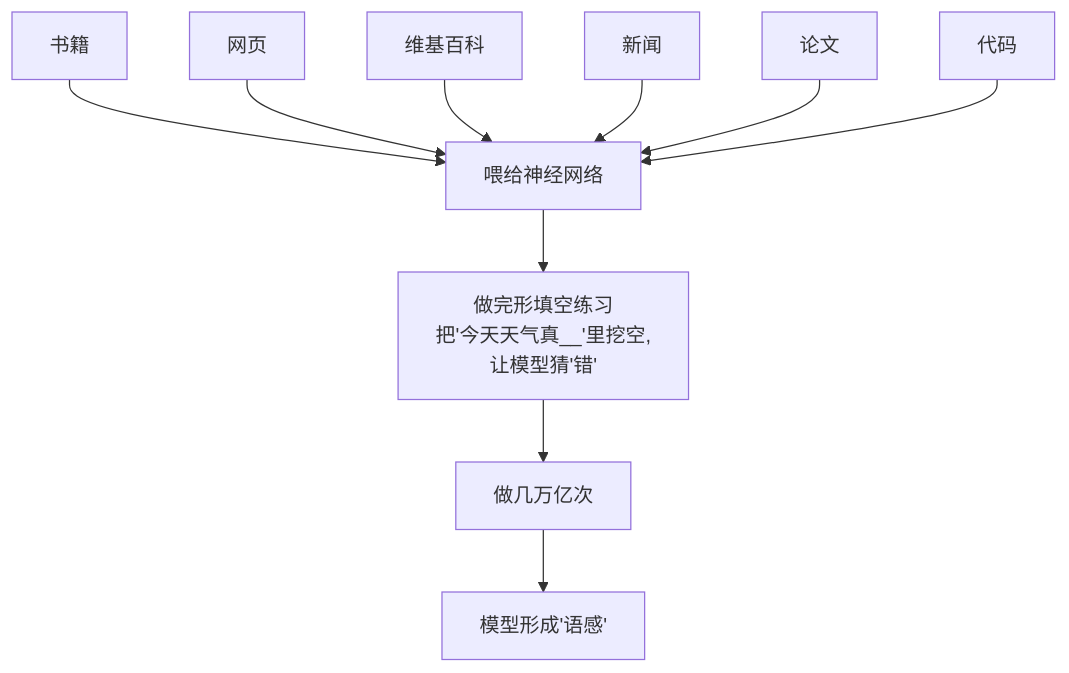
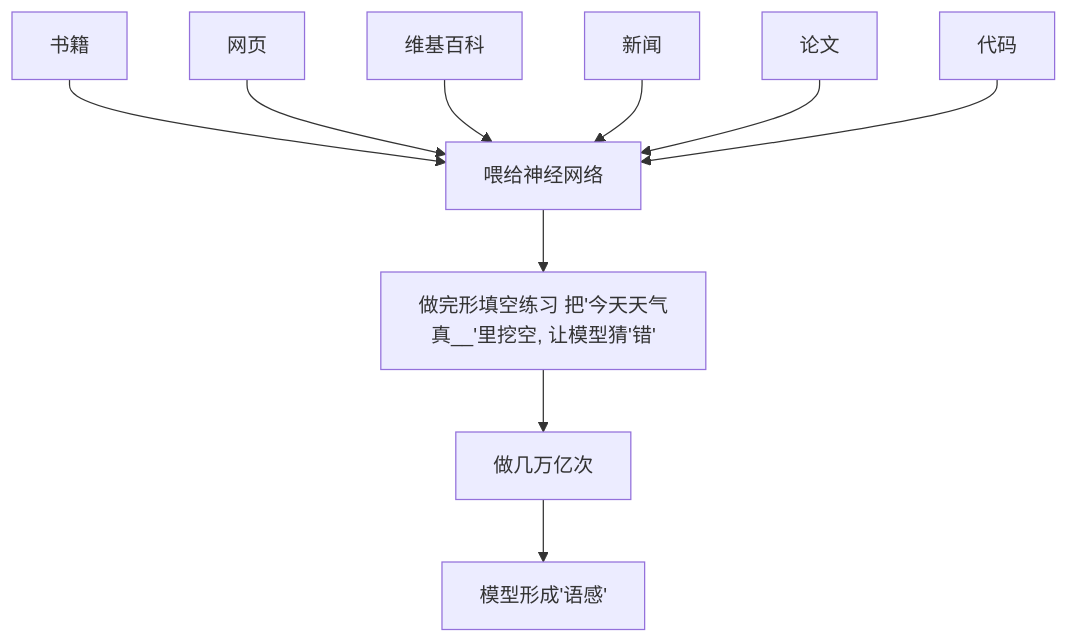
One commit to fuzhengwei/CodeGuide changed diagram 11 of 32 in docs/md/ai/ai-llm.md. Above: the diagram before and after it, drawn with Mermaid. The commit also changed other lines of this file, not shown here.

````diff
--- a/docs/md/ai/ai-llm.md
+++ b/docs/md/ai/ai-llm.md
@@ -272,12 +272,12 @@
 ```mermaid
 graph TB
     A[书籍] --> Z[喂给神经网络]
     B[网页] --> Z
     C[维基百科] --> Z
     D[新闻] --> Z
     E[论文] --> Z
     F[代码] --> Z
-    Z --> Y["做完形填空练习<br/>把'今天天气真__'里挖空,<br/>让模型猜'错'"]
+    Z --> Y["做完形填空练习 把'今天天气真__'里挖空, 让模型猜'错'"]
     Y --> X[做几万亿次]
     X --> W[模型形成'语感']
 ```
````
